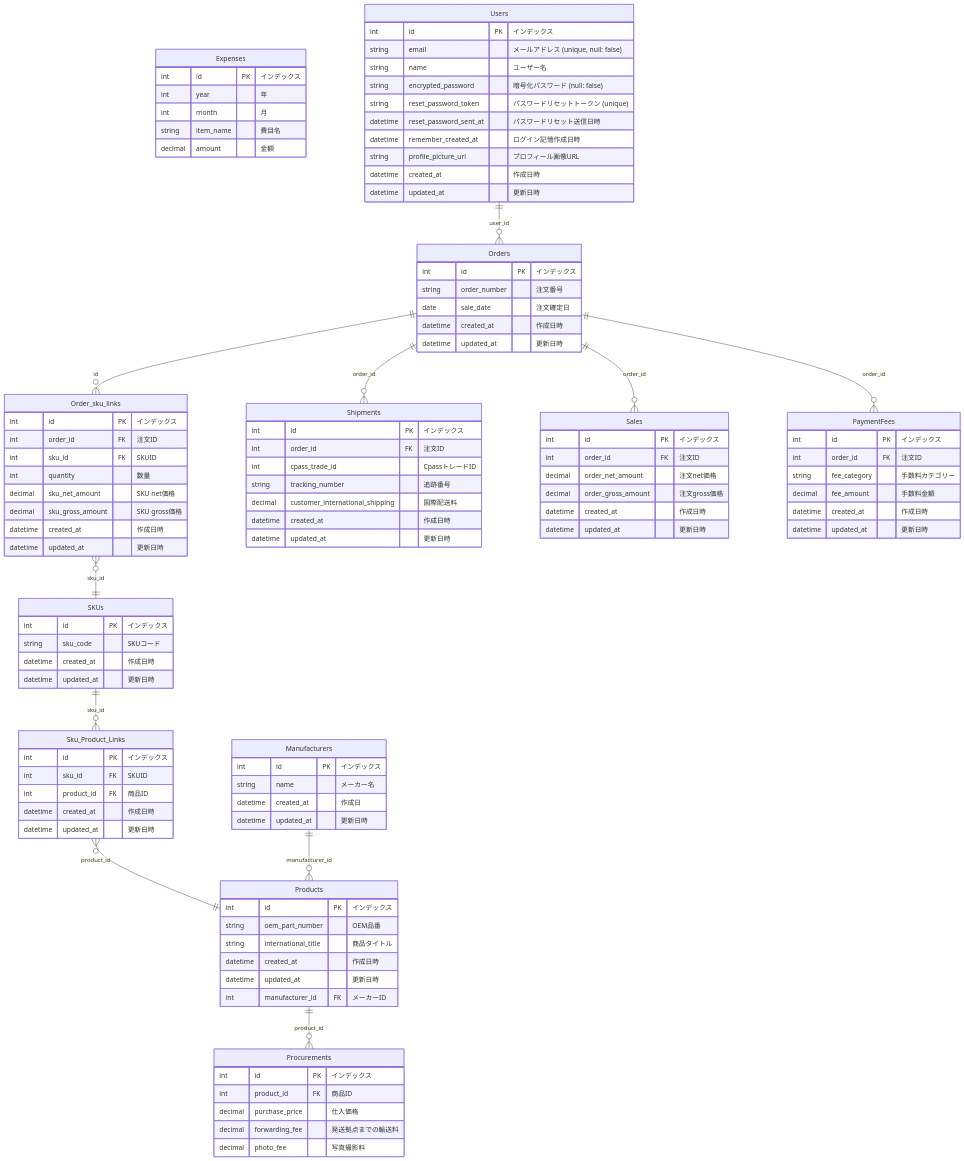
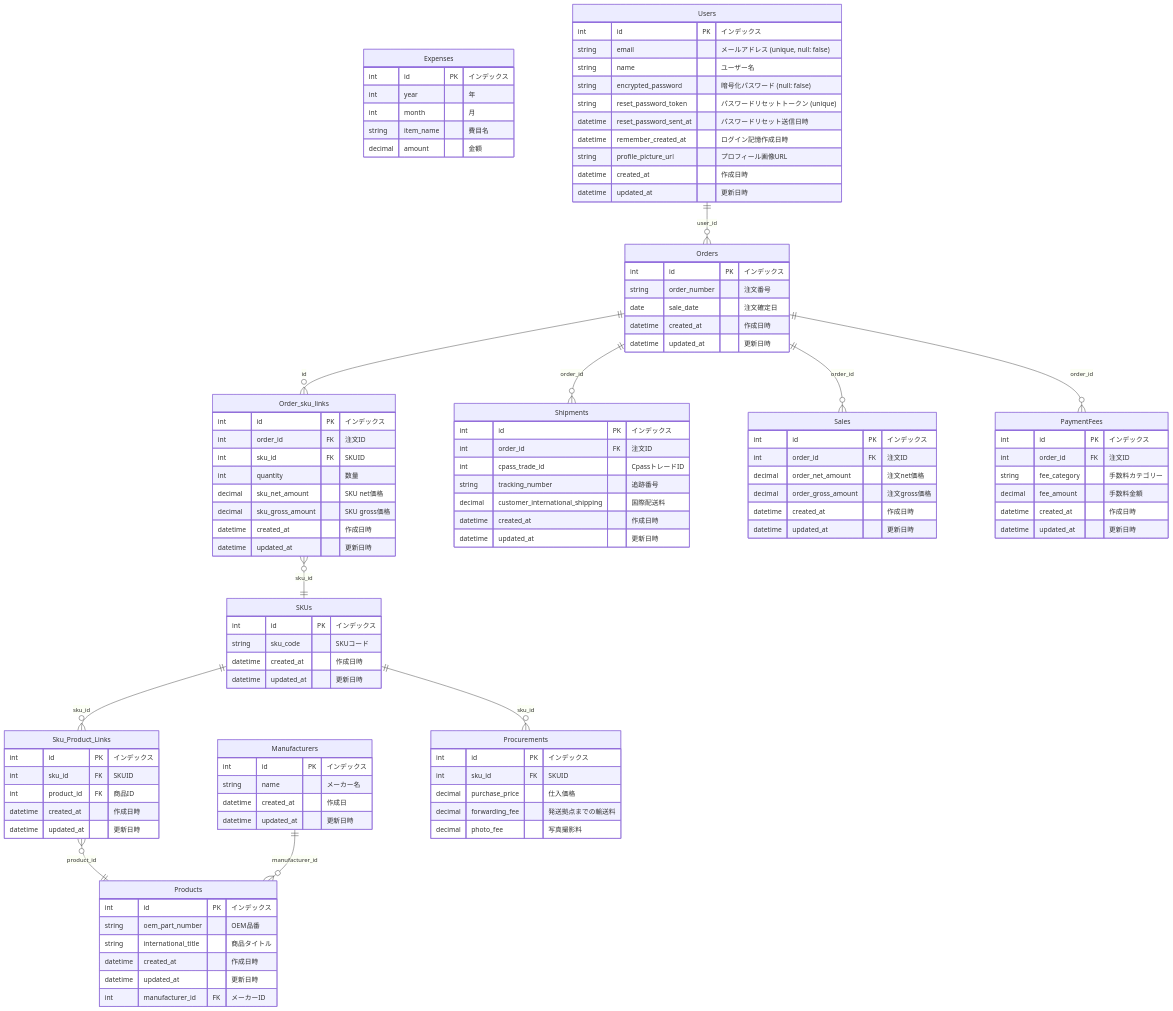
One commit to masaengineer/parts-sync-tool changed the diagram in mermaid.mmd. Above: the diagram before and after it, drawn with Mermaid. The commit also changed 5 other files, not shown here.

```diff
--- a/mermaid.mmd
+++ b/mermaid.mmd
@@ -1,118 +1,118 @@
 erDiagram
     Orders {
         int id PK "インデックス"
         string order_number "注文番号"
         date sale_date "注文確定日"
         datetime created_at "作成日時"
         datetime updated_at "更新日時"
     }
 
     Order_sku_links {
         int id PK "インデックス"
         int order_id FK "注文ID"
         int sku_id FK "SKUID"
         int quantity "数量"
         decimal sku_net_amount "SKU net価格"
         decimal sku_gross_amount "SKU gross価格"
         datetime created_at "作成日時"
         datetime updated_at "更新日時"
     }
 
     SKUs {
         int id PK "インデックス"
         string sku_code "SKUコード"
         datetime created_at "作成日時"
         datetime updated_at "更新日時"
     }
 
     Sku_Product_Links {
         int id PK "インデックス"
         int sku_id FK "SKUID"
         int product_id FK "商品ID"
         datetime created_at "作成日時"
         datetime updated_at "更新日時"
     }
 
     Products {
         int id PK "インデックス"
         string oem_part_number "OEM品番"
         string international_title "商品タイトル"
         datetime created_at "作成日時"
         datetime updated_at "更新日時"
         int manufacturer_id FK "メーカーID"
     }
 
     Manufacturers {
         int id PK "インデックス"
         string name "メーカー名"
         datetime created_at "作成日"
         datetime updated_at "更新日時"
     }
 
     Shipments {
         int id PK "インデックス"
         int order_id FK "注文ID"
         int cpass_trade_id "CpassトレードID"
         string tracking_number "追跡番号"
         decimal customer_international_shipping "国際配送料"
         datetime created_at "作成日時"
         datetime updated_at "更新日時"
     }
 
     Procurements {
         int id PK "インデックス"
-        int product_id FK "商品ID"
+        int sku_id FK "SKUID"
         decimal purchase_price "仕入価格"
         decimal forwarding_fee "発送拠点までの輸送料"
         decimal photo_fee "写真撮影料"
     }
 
     Sales {
         int id PK "インデックス"
         int order_id FK "注文ID"
         decimal order_net_amount "注文net価格"
         decimal order_gross_amount "注文gross価格"
         datetime created_at "作成日時"
         datetime updated_at "更新日時"
     }
 
     PaymentFees {
         int id PK "インデックス"
         int order_id FK "注文ID"
         string fee_category "手数料カテゴリー"
         decimal fee_amount "手数料金額"
         datetime created_at "作成日時"
         datetime updated_at "更新日時"
     }
 
     Expenses {
         int id PK "インデックス"
         int year "年"
         int month "月"
         string item_name "費目名"
         decimal amount "金額"
     }
 
     Users {
         int id PK "インデックス"
         string email "メールアドレス (unique, null: false)"
         string name "ユーザー名"
         string encrypted_password "暗号化パスワード (null: false)"
         string reset_password_token "パスワードリセットトークン (unique)"
         datetime reset_password_sent_at "パスワードリセット送信日時"
         datetime remember_created_at "ログイン記憶作成日時"
         string profile_picture_url "プロフィール画像URL"
         datetime created_at "作成日時"
         datetime updated_at "更新日時"
     }
 
     Orders ||--o{ Order_sku_links : "id"
     Order_sku_links }o--|| SKUs : "sku_id"
     Users ||--o{ Orders : "user_id"
     SKUs ||--o{ Sku_Product_Links : "sku_id"
     Sku_Product_Links }o--|| Products : "product_id"
     Orders ||--o{ Shipments : "order_id"
     Orders ||--o{ Sales : "order_id"
     Orders ||--o{ PaymentFees : "order_id"
     Manufacturers ||--o{ Products : "manufacturer_id"
-    Products ||--o{ Procurements : "product_id"
+    SKUs ||--o{ Procurements : "sku_id"
```
